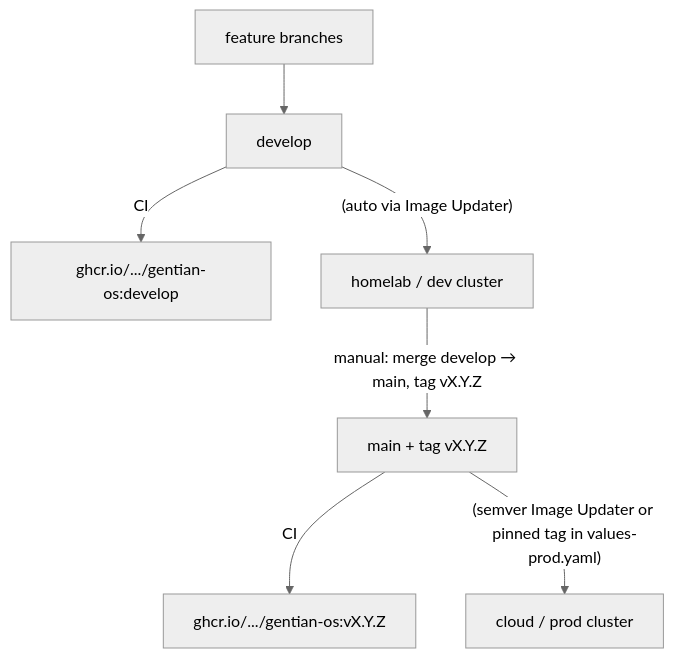
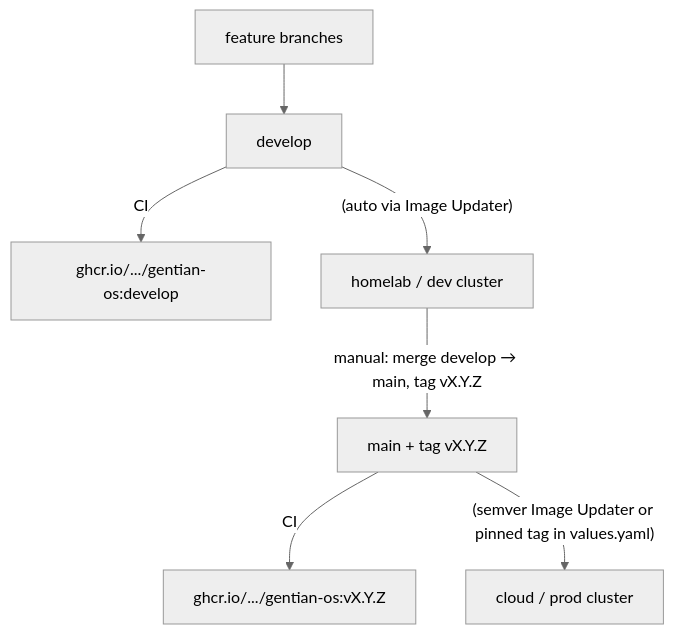
Before and after one commit to gentian-org/gentian-os: the first of 2 diagrams in docs/deployment.md, drawn with Mermaid (neutral theme). The commit also changed other lines of this file and 2 other files, not shown here.

````diff
--- a/docs/deployment.md
+++ b/docs/deployment.md
@@ -118,17 +204,17 @@
 ```mermaid
 flowchart TD
     FeatureBranches["feature branches"]
     Develop["develop"]
     ImageDev["ghcr.io/.../gentian-os:develop"]
     DevCluster["homelab / dev cluster"]
     Main["main + tag vX.Y.Z"]
     ImageProd["ghcr.io/.../gentian-os:vX.Y.Z"]
     ProdCluster["cloud / prod cluster"]
     
     FeatureBranches --> Develop
     Develop -->|"CI"| ImageDev
     Develop -->|"(auto via Image Updater)"| DevCluster
     DevCluster -->|"manual: merge develop → main, tag vX.Y.Z"| Main
     Main -->|"CI"| ImageProd
-    Main -->|"(semver Image Updater or pinned tag in values-prod.yaml)"| ProdCluster
+    Main -->|"(semver Image Updater or pinned tag in values.yaml)"| ProdCluster
 ```
````
